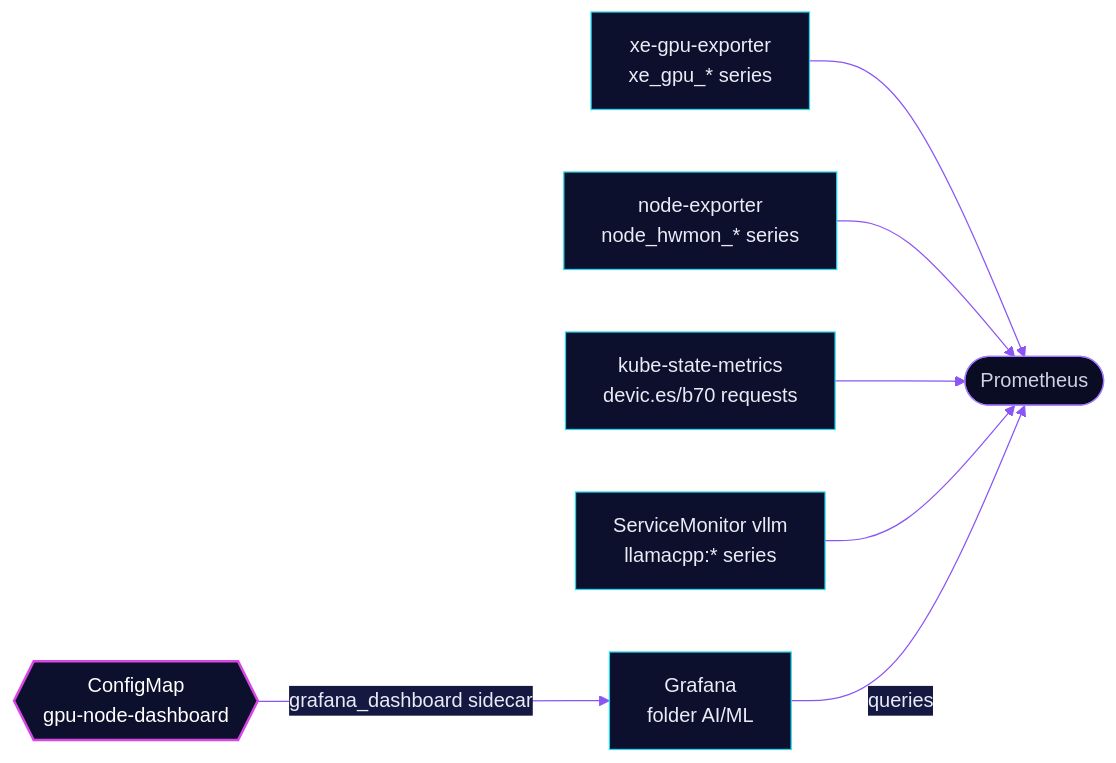
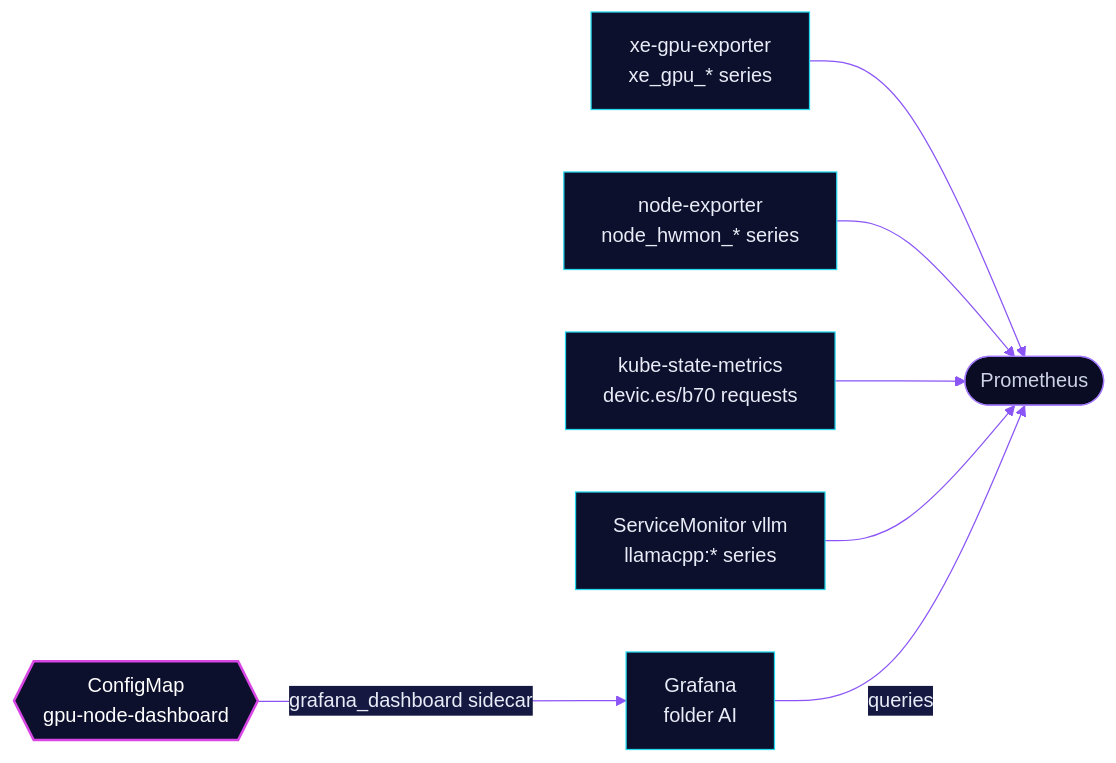
The diagram in kubernetes/apps/base/ai/gpu-node-dashboard/README.md (skrumbach/home-ops), drawn with Mermaid before and after one commit. The commit also changed other lines of this file and 30 other files, not shown here.

````diff
--- a/kubernetes/apps/base/ai/gpu-node-dashboard/README.md
+++ b/kubernetes/apps/base/ai/gpu-node-dashboard/README.md
@@ -25,14 +25,14 @@
 ```mermaid
 %%{init: {'theme':'base','themeVariables':{'primaryColor':'#0D102C','primaryTextColor':'#E9ECF7','primaryBorderColor':'#22D8F0','lineColor':'#8B55F5','secondaryColor':'#151941','tertiaryColor':'#090C22','edgeLabelBackground':'#151941'}}}%%
 flowchart LR
   xe["xe-gpu-exporter<br/>xe_gpu_* series"] --> prom(["Prometheus"])
   ne["node-exporter<br/>node_hwmon_* series"] --> prom
   ksm["kube-state-metrics<br/>devic.es/b70 requests"] --> prom
   vllm["ServiceMonitor vllm<br/>llamacpp:* series"] --> prom
-  cm{{"ConfigMap<br/>gpu-node-dashboard"}} -->|grafana_dashboard sidecar| gr["Grafana<br/>folder AI/ML"]
+  cm{{"ConfigMap<br/>gpu-node-dashboard"}} -->|grafana_dashboard sidecar| gr["Grafana<br/>folder AI"]
   gr -->|queries| prom
   classDef accent fill:#0D102C,stroke:#D946E6,stroke-width:2px,color:#FFFFFF
   classDef ext fill:#090C22,stroke:#A57BFF,color:#CDD2E6
   class cm accent
   class prom ext
 ```
````
